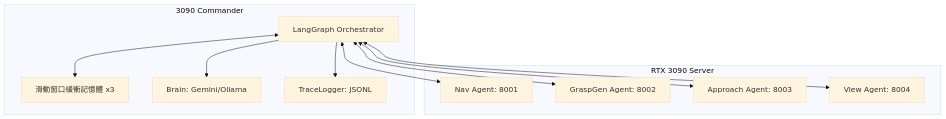
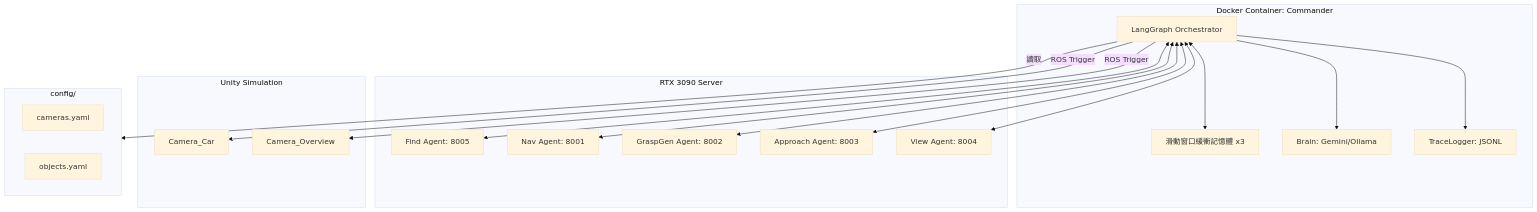
One commit to tj1125/pros_workflow changed the first of 8 diagrams in docs/spec.md. Above: the diagram before and after it, drawn with Mermaid (base theme). The commit also changed other lines of this file and 10 other files, not shown here.

Commit message:
feat: add find_node, config/, find_agent.py for on-demand object detection

````diff
--- a/docs/spec.md
+++ b/docs/spec.md
@@ -9,24 +7,39 @@
 ```mermaid
 graph TD
-  subgraph Commander [3090 Commander]
+  subgraph Commander [Docker Container: Commander]
     LG[LangGraph Orchestrator]
     Memory[滑動窗口緩衝記憶體 x3]
     Brain[Brain: Gemini/Ollama]
     Logger[TraceLogger: JSONL]
   end
-  
+
   subgraph Executors [RTX 3090 Server]
+    Find[Find Agent: 8005]
     Nav[Nav Agent: 8001]
     Grasp[GraspGen Agent: 8002]
     Approach[Approach Agent: 8003]
     View[View Agent: 8004]
   end
 
+  subgraph Unity [Unity Simulation]
+    Cam1[Camera_Car]
+    Cam2[Camera_Overview]
+  end
+
+  subgraph Config [config/]
+    cameras.yaml
+    objects.yaml
+  end
+
   LG --> Brain
   LG <--> Memory
   LG --> Logger
+  LG <--> Find
   LG <--> Nav
   LG <--> Grasp
   LG <--> Approach
   LG <--> View
+  LG -- ROS Trigger --> Cam1
+  LG -- ROS Trigger --> Cam2
+  LG -- 讀取 --> Config
 ```
````
